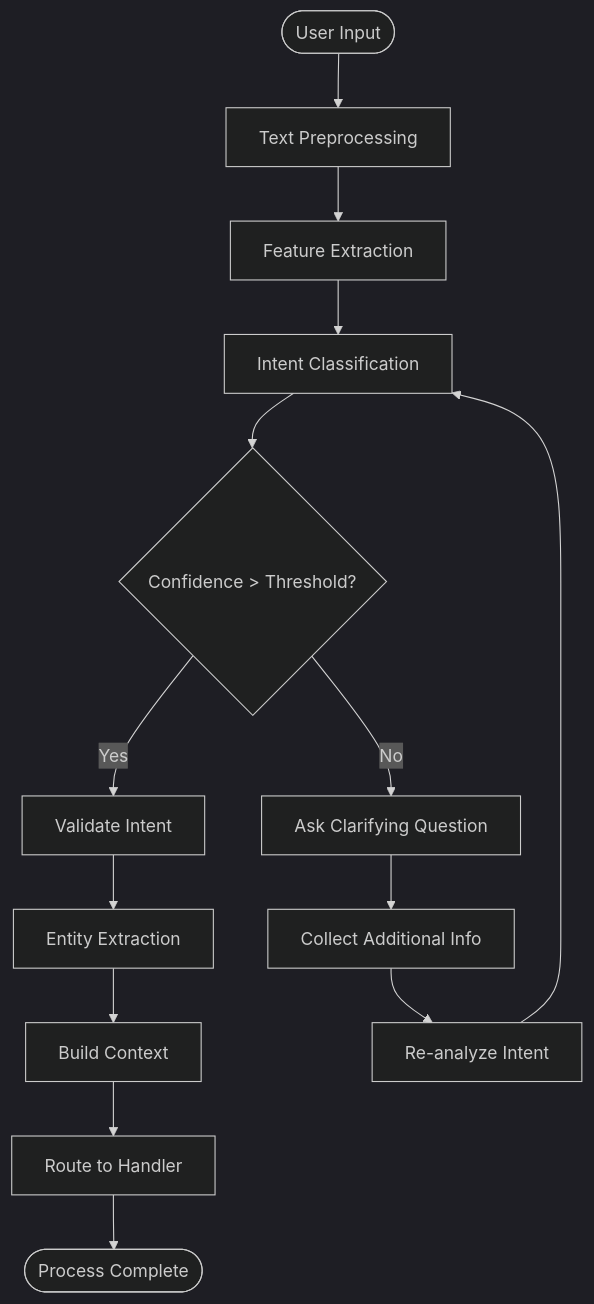
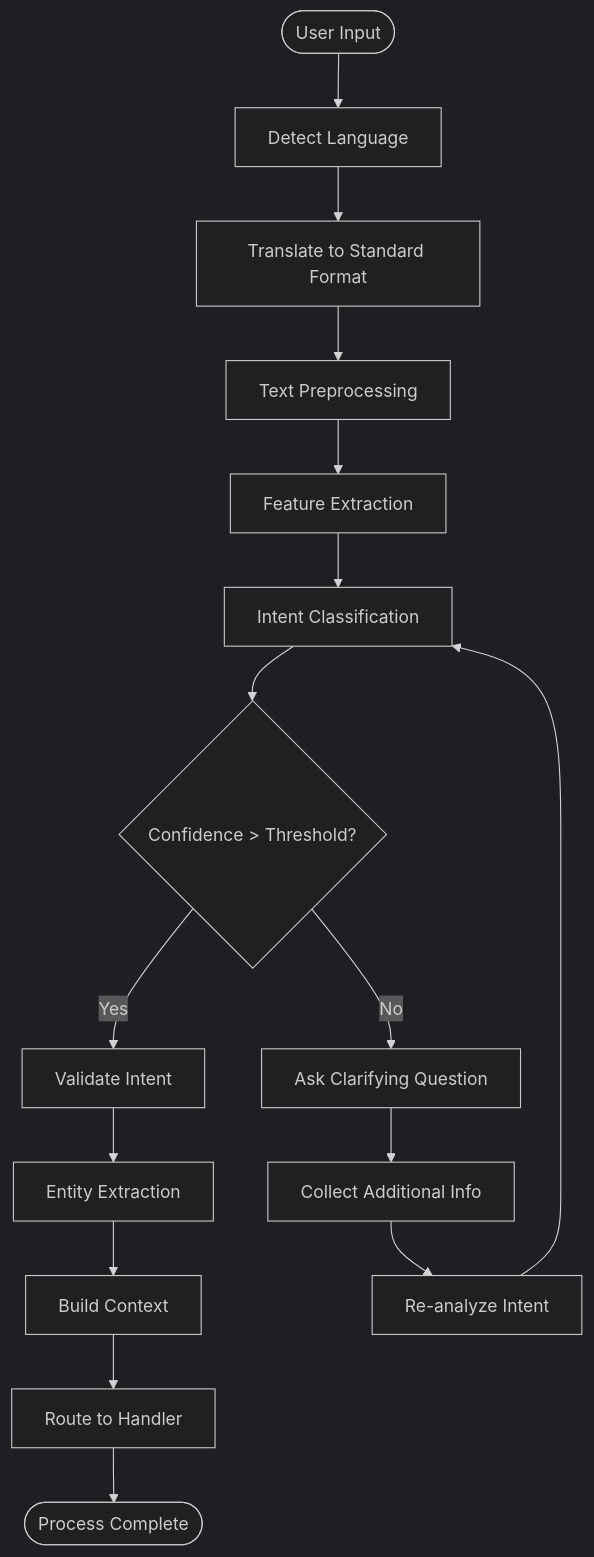
The third of 9 diagrams in .qoder/repowiki/en/content/Chat Interface/AI Processing Engine.md (alibaba-hackathon-fsi/frontend-vaya), drawn with Mermaid (dark theme) before and after one commit. The commit also changed other lines of this file and 36 other files, not shown here.

````diff
--- a/.qoder/repowiki/en/content/Chat Interface/AI Processing Engine.md
+++ b/.qoder/repowiki/en/content/Chat Interface/AI Processing Engine.md
@@ -214,16 +228,18 @@
 ```mermaid
 flowchart TD
-Start([User Input]) --> Preprocess["Text Preprocessing"]
+Start([User Input]) --> DetectLang["Detect Language"]
+DetectLang --> TranslateIfNeeded["Translate to Standard Format"]
+TranslateIfNeeded --> Preprocess["Text Preprocessing"]
 Preprocess --> ExtractFeatures["Feature Extraction"]
 ExtractFeatures --> ClassifyIntent["Intent Classification"]
 ClassifyIntent --> ConfidenceCheck{"Confidence > Threshold?"}
 ConfidenceCheck --> |Yes| ValidateIntent["Validate Intent"]
 ConfidenceCheck --> |No| AskClarification["Ask Clarifying Question"]
 ValidateIntent --> ExtractEntities["Entity Extraction"]
 ExtractEntities --> BuildContext["Build Context"]
 BuildContext --> RouteToHandler["Route to Handler"]
 RouteToHandler --> End([Process Complete])
 AskClarification --> CollectInfo["Collect Additional Info"]
 CollectInfo --> Reanalyze["Re-analyze Intent"]
 Reanalyze --> ClassifyIntent
 ```
````
